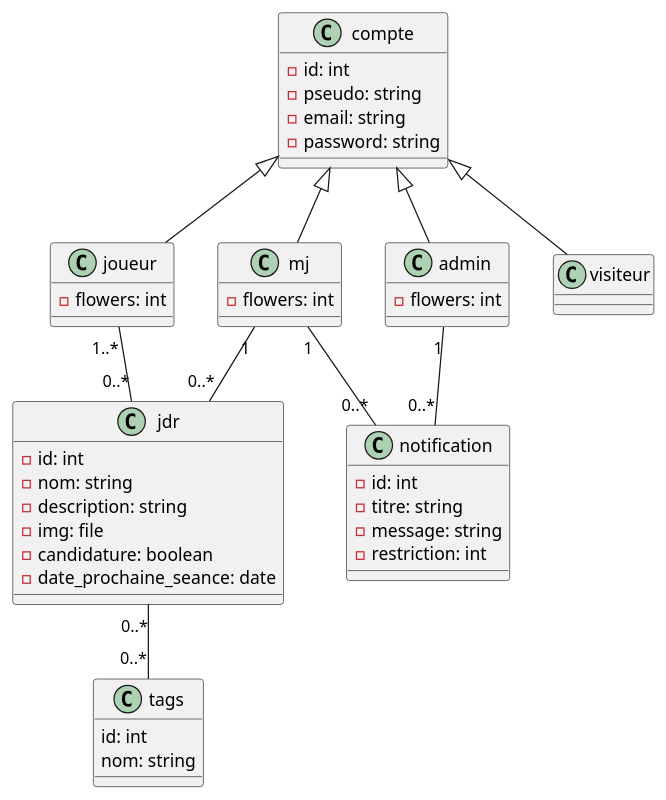
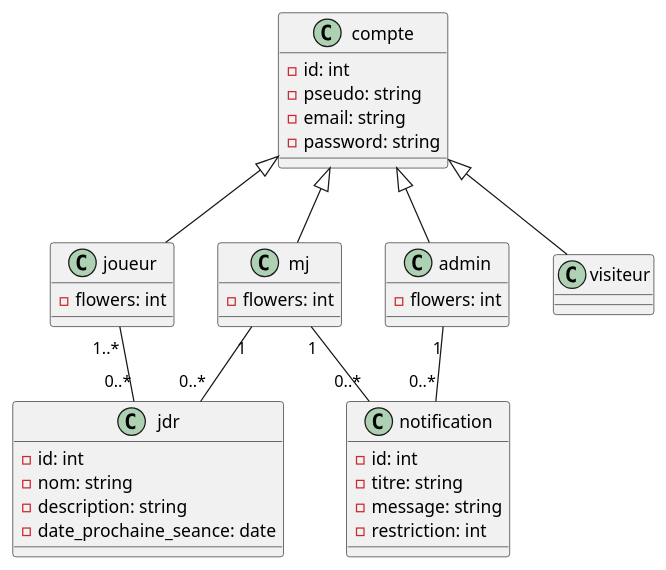
Before and after one commit to MaximeGondariz/Chroniques-Edelweiss: the diagram in diagramme des classes.puml, drawn with PlantUML. The commit also changed 4 other files, not shown here.

```diff
--- a/diagramme des classes.puml
+++ b/diagramme des classes.puml
@@ -1,57 +1,48 @@
 @startuml
 
 class compte{
     -id: int
     -pseudo: string
     -email: string
     -password: string
 }
 
 class jdr{
     -id: int
     -nom: string
     -description: string
-    -img: file
-    -candidature: boolean
     -date_prochaine_seance: date
 }
 
 class notification{
     -id: int
     -titre: string
     -message: string
     -restriction: int
 }
 
 class joueur{
     -flowers: int
 }
 
 class mj{
     -flowers: int
 
 }
 
 class admin{
     -flowers: int
 }
 
-class tags{
-    id: int
-    nom: string
-}
-
 compte <|-- visiteur
 compte <|-- admin
 compte <|-- joueur
 compte <|-- mj
 
 joueur "1..*" --  "0..*" jdr
 mj "1" --  "0..*" jdr
 
 mj "1" -- "0..*" notification
 admin "1" -- "0..*" notification
 
-jdr "0..*" -- "0..*" tags
-
 @enduml
```
